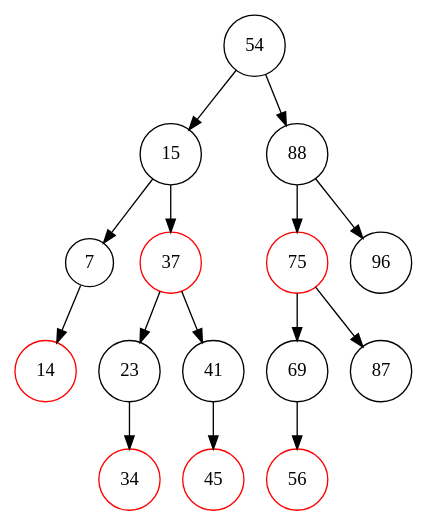
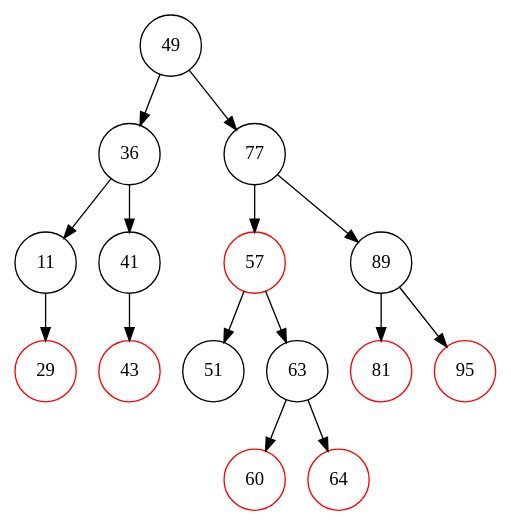
Before and after one commit to Koreleth/rbtrees: the diagram in tree_step_14.dot, drawn with Graphviz. The commit also changed 19 other files, not shown here.

```diff
--- a/tree_step_14.dot
+++ b/tree_step_14.dot
@@ -1,32 +1,32 @@
 digraph RBTree {
     node [shape=circle];
-    "54" [color=black];
-    "54" -> "15";
-    "15" [color=black];
-    "15" -> "7";
-    "7" [color=black];
-    "7" -> "14";
-    "14" [color=red];
-    "15" -> "37";
-    "37" [color=red];
-    "37" -> "23";
-    "23" [color=black];
-    "23" -> "34";
-    "34" [color=red];
-    "37" -> "41";
+    "49" [color=black];
+    "49" -> "36";
+    "36" [color=black];
+    "36" -> "11";
+    "11" [color=black];
+    "11" -> "29";
+    "29" [color=red];
+    "36" -> "41";
     "41" [color=black];
-    "41" -> "45";
-    "45" [color=red];
-    "54" -> "88";
-    "88" [color=black];
-    "88" -> "75";
-    "75" [color=red];
-    "75" -> "69";
-    "69" [color=black];
-    "69" -> "56";
-    "56" [color=red];
-    "75" -> "87";
-    "87" [color=black];
-    "88" -> "96";
-    "96" [color=black];
+    "41" -> "43";
+    "43" [color=red];
+    "49" -> "77";
+    "77" [color=black];
+    "77" -> "57";
+    "57" [color=red];
+    "57" -> "51";
+    "51" [color=black];
+    "57" -> "63";
+    "63" [color=black];
+    "63" -> "60";
+    "60" [color=red];
+    "63" -> "64";
+    "64" [color=red];
+    "77" -> "89";
+    "89" [color=black];
+    "89" -> "81";
+    "81" [color=red];
+    "89" -> "95";
+    "95" [color=red];
 }
```
